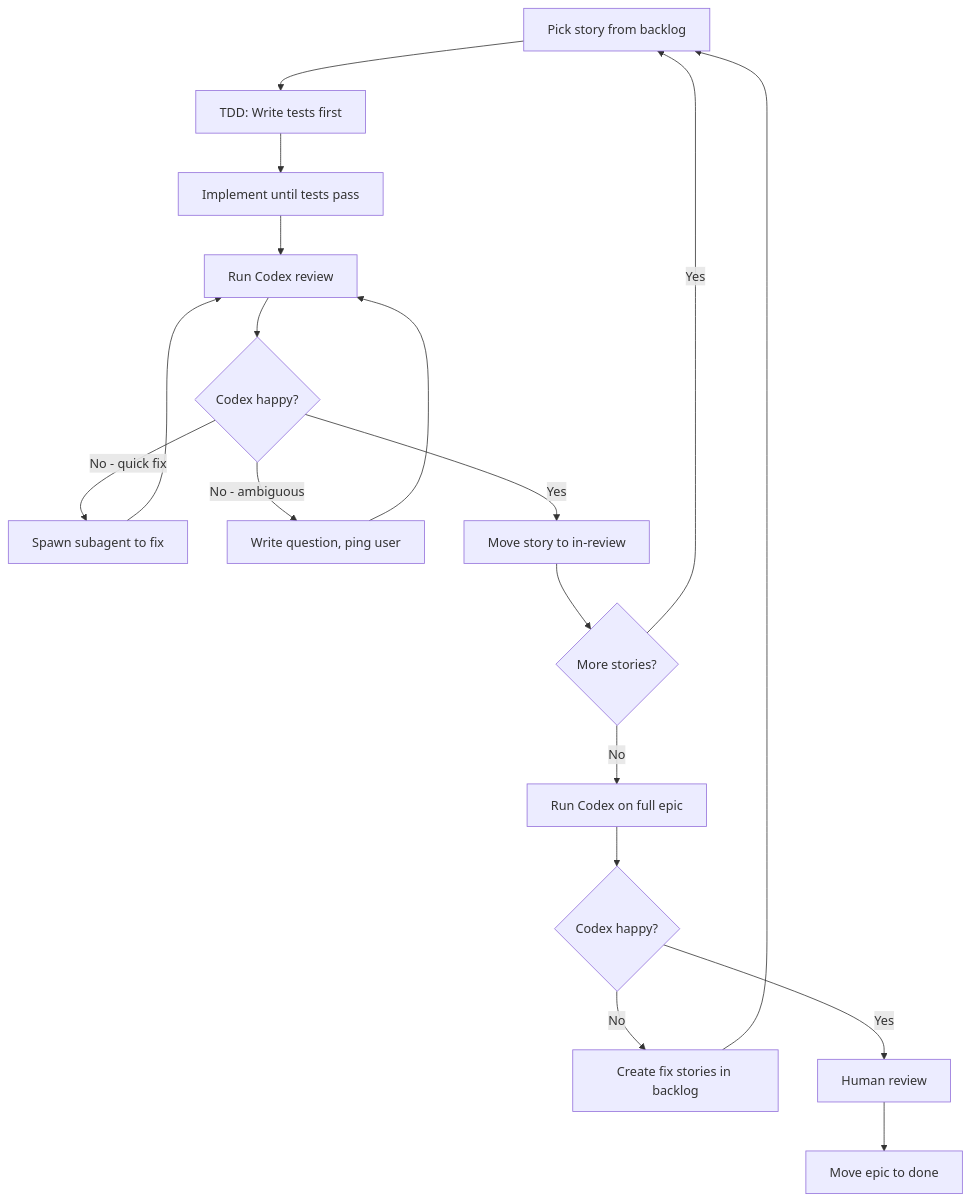
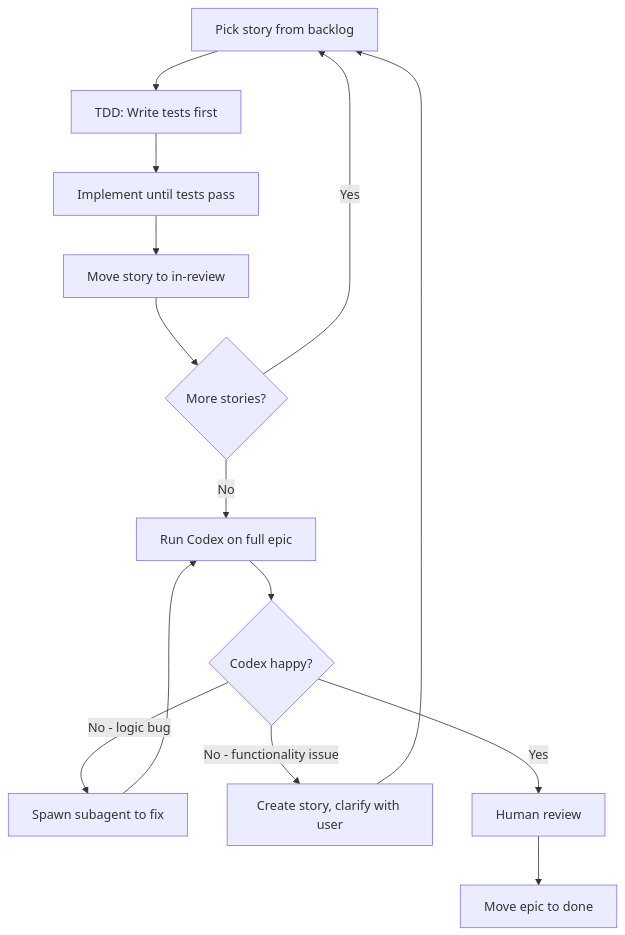
One commit to brysontang/domino changed the diagram in templates/epic/CLAUDE.md. Above: the diagram before and after it, drawn with Mermaid. The commit also changed other lines of this file, not shown here.

First line of the commit message:
Refine epic workflow based on real usage

````diff
--- a/templates/epic/CLAUDE.md
+++ b/templates/epic/CLAUDE.md
@@ -13,20 +22,16 @@
 ```mermaid
 flowchart TD
     A[Pick story from backlog] --> B[TDD: Write tests first]
     B --> C[Implement until tests pass]
-    C --> D[Run Codex review]
-    D --> E{Codex happy?}
-    E -->|No - quick fix| F[Spawn subagent to fix]
-    E -->|No - ambiguous| G[Write question, ping user]
-    E -->|Yes| H[Move story to in-review]
-    F --> D
-    G --> D
-    H --> I{More stories?}
-    I -->|Yes| A
-    I -->|No| J[Run Codex on full epic]
-    J --> K{Codex happy?}
-    K -->|No| L[Create fix stories in backlog]
-    L --> A
-    K -->|Yes| M[Human review]
-    M --> N[Move epic to done]
+    C --> D[Move story to in-review]
+    D --> E{More stories?}
+    E -->|Yes| A
+    E -->|No| F[Run Codex on full epic]
+    F --> G{Codex happy?}
+    G -->|No - logic bug| H[Spawn subagent to fix]
+    G -->|No - functionality issue| I[Create story, clarify with user]
+    H --> F
+    I --> A
+    G -->|Yes| J[Human review]
+    J --> K[Move epic to done]
 ```
````
